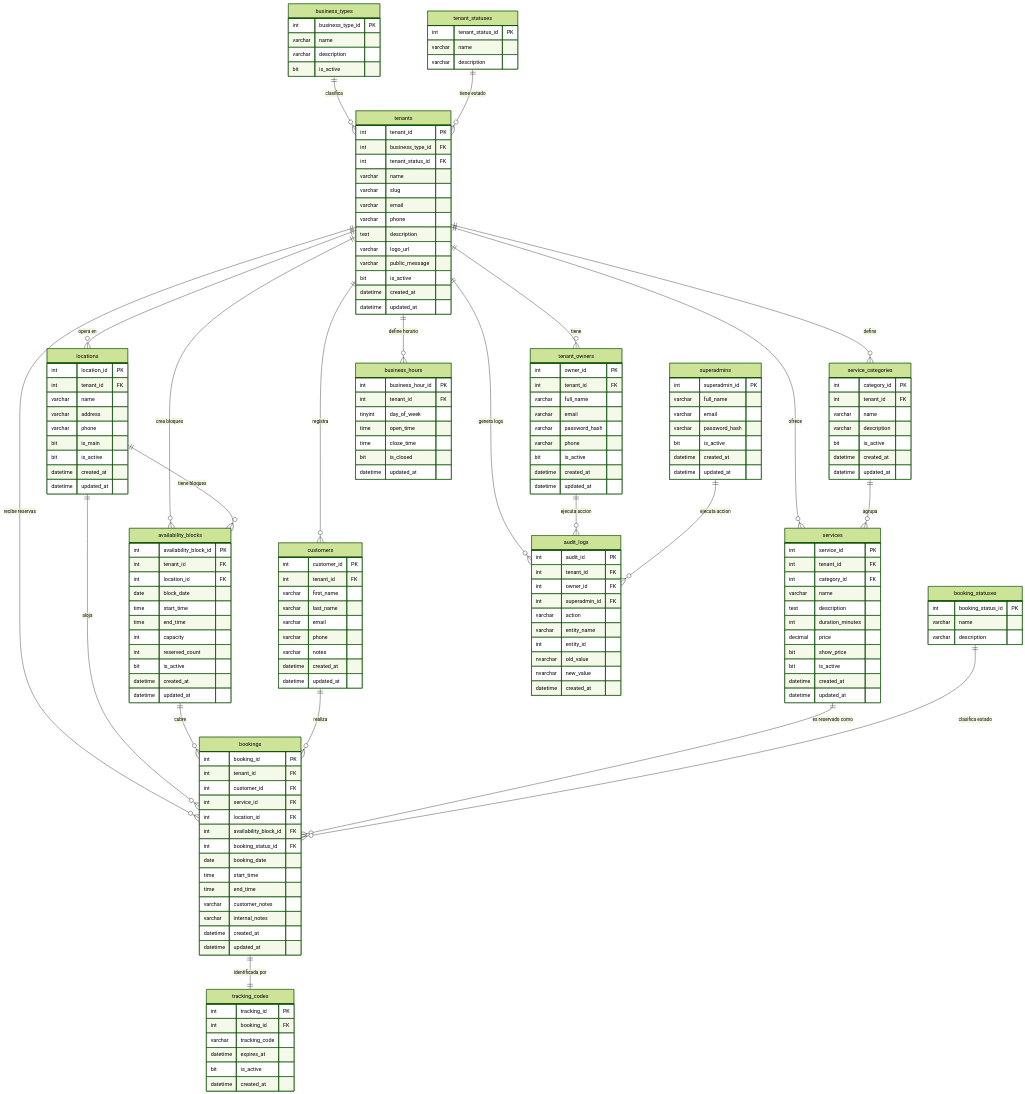
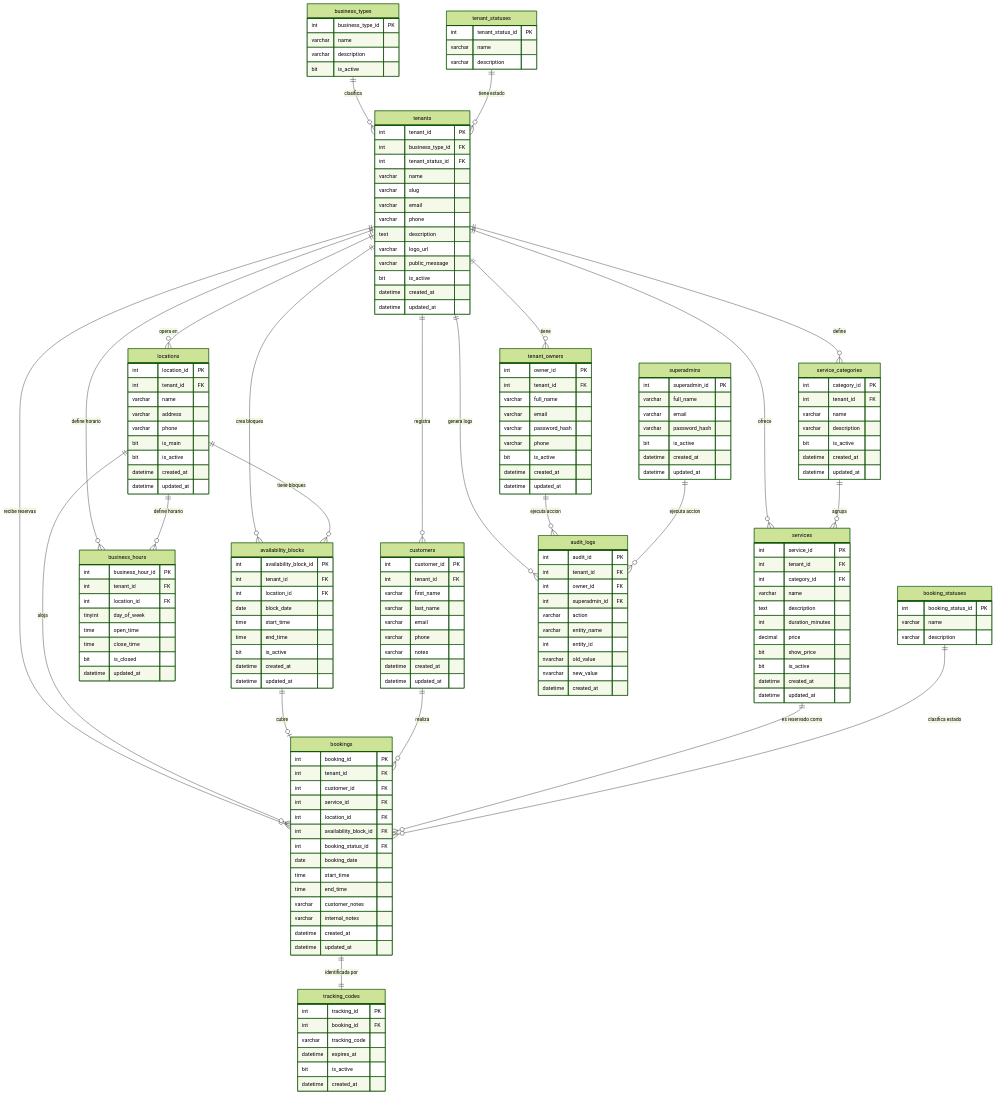
The diagram in README.md (handelenriquezacuna/multiTenantBookingManager), drawn with Mermaid (forest theme) before and after one commit. The commit also changed other lines of this file and 85 other files, not shown here.

Commit message:
feat: implement database schema with seed data, Docker infrastructure, and frontend application shell

```diff
--- a/README.md
+++ b/README.md
@@ -133,6 +134,7 @@
     business_hours {
         int business_hour_id PK
         int tenant_id FK
+        int location_id FK
         tinyint day_of_week
         time open_time
         time close_time
@@ -146,8 +148,6 @@
         date block_date
         time start_time
         time end_time
-        int capacity
-        int reserved_count
         bit is_active
         datetime created_at
         datetime updated_at
@@ -208,9 +208,10 @@
     tenant_owners ||--o{ audit_logs : "ejecuta accion"
     superadmins ||--o{ audit_logs : "ejecuta accion"
     service_categories ||--o{ services : "agrupa"
+    locations ||--o{ business_hours : "define horario"
     locations ||--o{ availability_blocks : "tiene bloques"
     locations ||--o{ bookings : "aloja"
-    availability_blocks ||--o{ bookings : "cubre"
+    availability_blocks ||--o| bookings : "cubre"
     customers ||--o{ bookings : "realiza"
     services ||--o{ bookings : "es reservado como"
     booking_statuses ||--o{ bookings : "clasifica estado"
```
